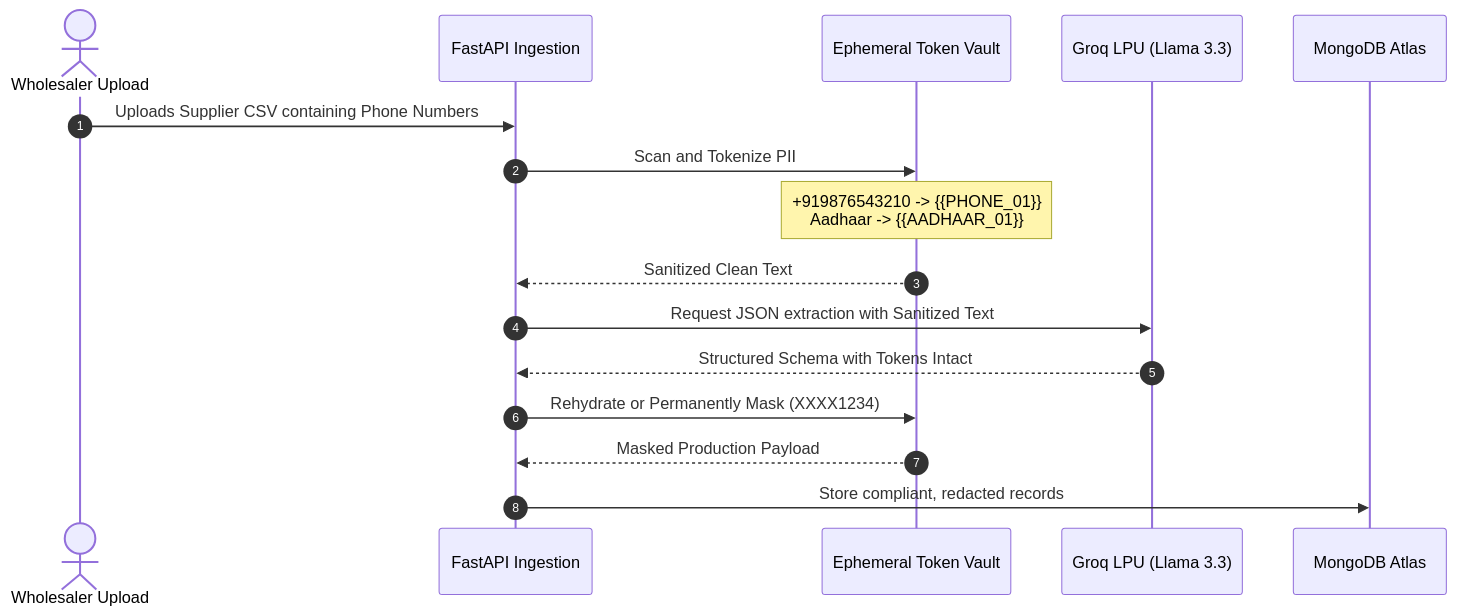
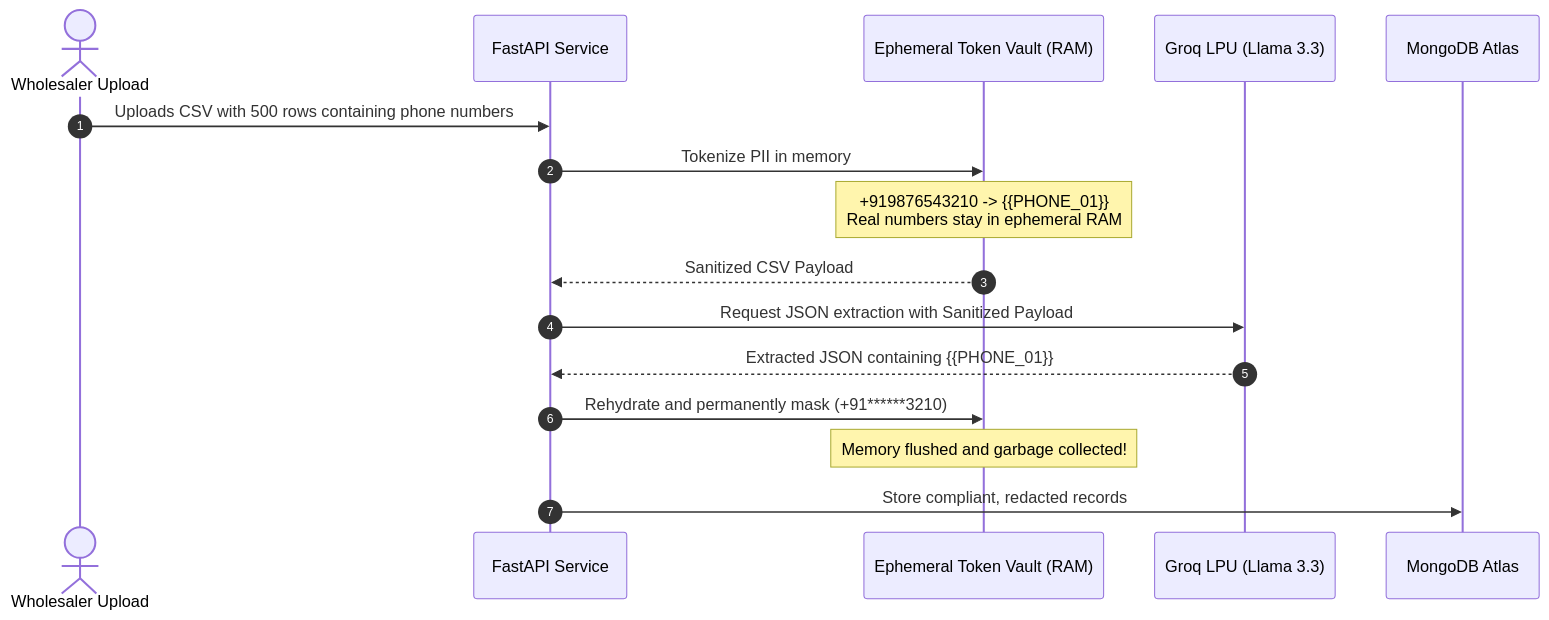
Before and after one commit to tejakarthik657/FreameUp: the diagram in docs/18-ai-engineering.md, drawn with Mermaid. The commit also changed other lines of this file and 23 other files, not shown here.

````diff
--- a/docs/18-ai-engineering.md
+++ b/docs/18-ai-engineering.md
@@ -82,19 +109,19 @@
 ```mermaid
 sequenceDiagram
     autonumber
     actor Merchant as Wholesaler Upload
-    participant API as FastAPI Ingestion
-    participant Vault as Ephemeral Token Vault
+    participant Ingestion as FastAPI Service
+    participant Vault as Ephemeral Token Vault (RAM)
     participant Groq as Groq LPU (Llama 3.3)
     participant DB as MongoDB Atlas
 
-    Merchant->>API: Uploads Supplier CSV containing Phone Numbers
-    API->>Vault: Scan and Tokenize PII
-    Note over Vault: +919876543210 -> {{PHONE_01}}<br/>Aadhaar -> {{AADHAAR_01}}
-    Vault-->>API: Sanitized Clean Text
-    API->>Groq: Request JSON extraction with Sanitized Text
-    Groq-->>API: Structured Schema with Tokens Intact
-    API->>Vault: Rehydrate or Permanently Mask (XXXX1234)
-    Vault-->>API: Masked Production Payload
-    API->>DB: Store compliant, redacted records
+    Merchant->>Ingestion: Uploads CSV with 500 rows containing phone numbers
+    Ingestion->>Vault: Tokenize PII in memory
+    Note over Vault: +919876543210 -> {{PHONE_01}}<br/>Real numbers stay in ephemeral RAM
+    Vault-->>Ingestion: Sanitized CSV Payload
+    Ingestion->>Groq: Request JSON extraction with Sanitized Payload
+    Groq-->>Ingestion: Extracted JSON containing {{PHONE_01}}
+    Ingestion->>Vault: Rehydrate and permanently mask (+91******3210)
+    Note over Vault: Memory flushed and garbage collected!
+    Ingestion->>DB: Store compliant, redacted records
 ```
````
